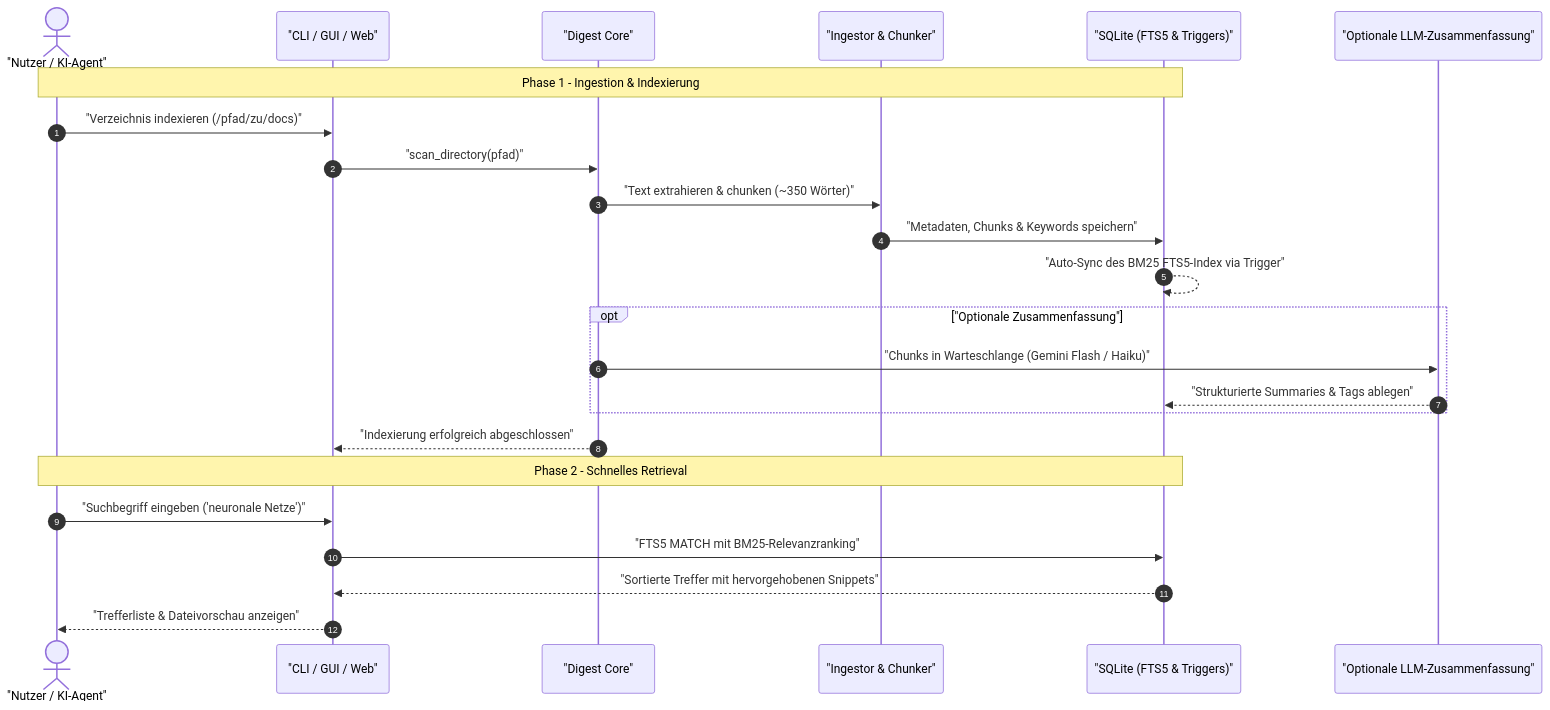
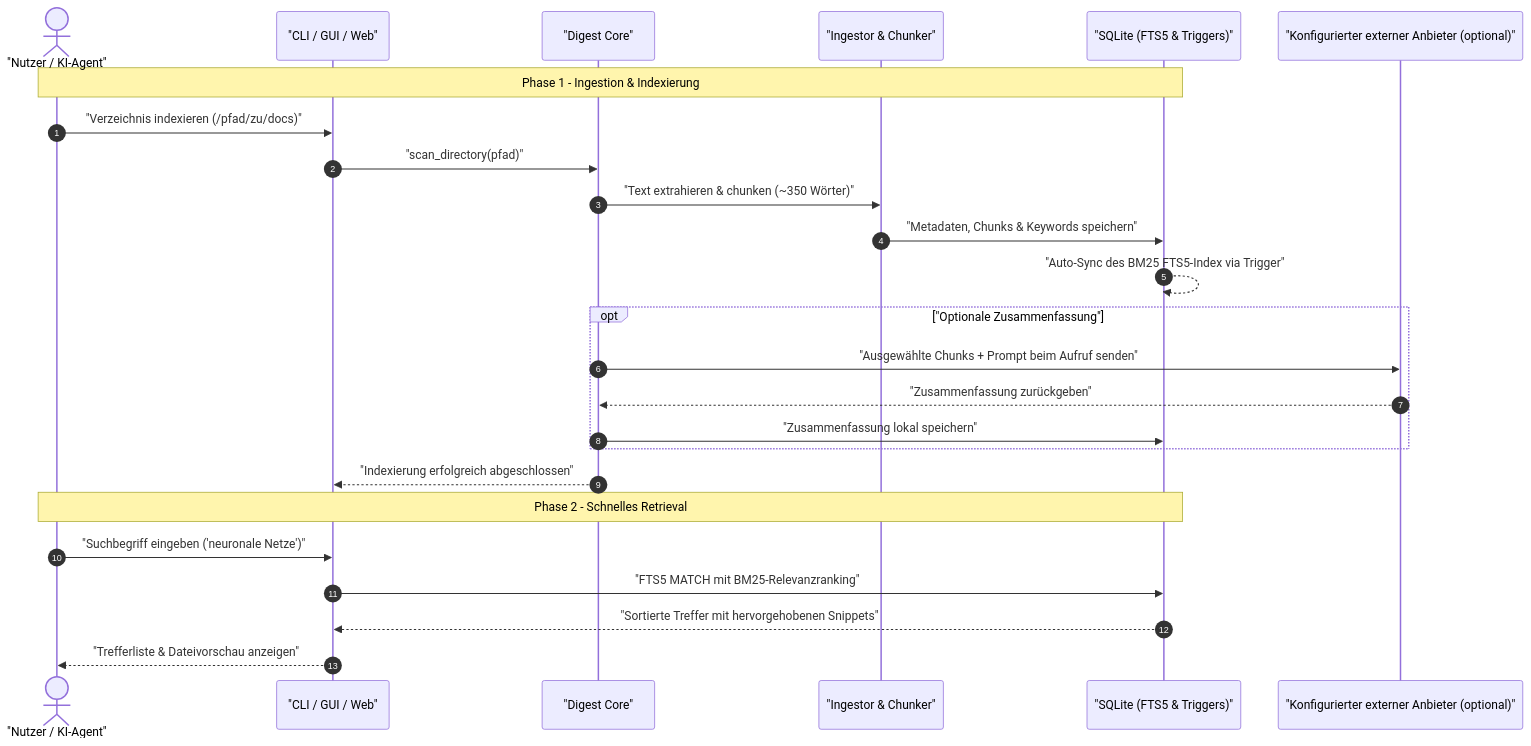
The second of 2 diagrams in README_de.md (file-bricks/KnowledgeDigest), drawn with Mermaid before and after one commit. The commit also changed other lines of this file and 15 other files, not shown here.

````diff
--- a/README_de.md
+++ b/README_de.md
@@ -111,28 +104,29 @@
 ```mermaid
 sequenceDiagram
     autonumber
     actor User as "Nutzer / KI-Agent"
     participant CLI as "CLI / GUI / Web"
     participant Core as "Digest Core"
     participant Ingest as "Ingestor & Chunker"
     participant DB as "SQLite (FTS5 & Triggers)"
-    participant LLM as "Optionale LLM-Zusammenfassung"
+    participant LLM as "Konfigurierter externer Anbieter (optional)"
 
     Note over User,DB: Phase 1 - Ingestion & Indexierung
     User->>CLI: "Verzeichnis indexieren (/pfad/zu/docs)"
     CLI->>Core: "scan_directory(pfad)"
     Core->>Ingest: "Text extrahieren & chunken (~350 Wörter)"
     Ingest->>DB: "Metadaten, Chunks & Keywords speichern"
     DB-->>DB: "Auto-Sync des BM25 FTS5-Index via Trigger"
     opt "Optionale Zusammenfassung"
-        Core->>LLM: "Chunks in Warteschlange (Gemini Flash / Haiku)"
-        LLM-->>DB: "Strukturierte Summaries & Tags ablegen"
+        Core->>LLM: "Ausgewählte Chunks + Prompt beim Aufruf senden"
+        LLM-->>Core: "Zusammenfassung zurückgeben"
+        Core->>DB: "Zusammenfassung lokal speichern"
     end
     Core-->>CLI: "Indexierung erfolgreich abgeschlossen"
 
     Note over User,DB: Phase 2 - Schnelles Retrieval
     User->>CLI: "Suchbegriff eingeben ('neuronale Netze')"
     CLI->>DB: "FTS5 MATCH mit BM25-Relevanzranking"
     DB-->>CLI: "Sortierte Treffer mit hervorgehobenen Snippets"
     CLI-->>User: "Trefferliste & Dateivorschau anzeigen"
 ```
````
